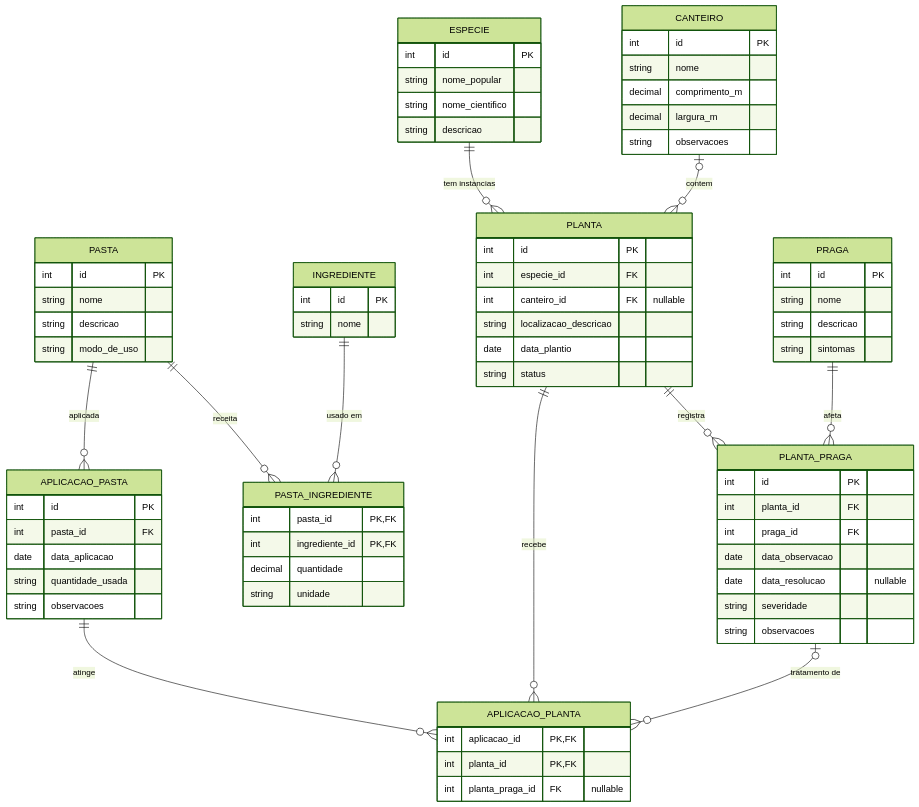
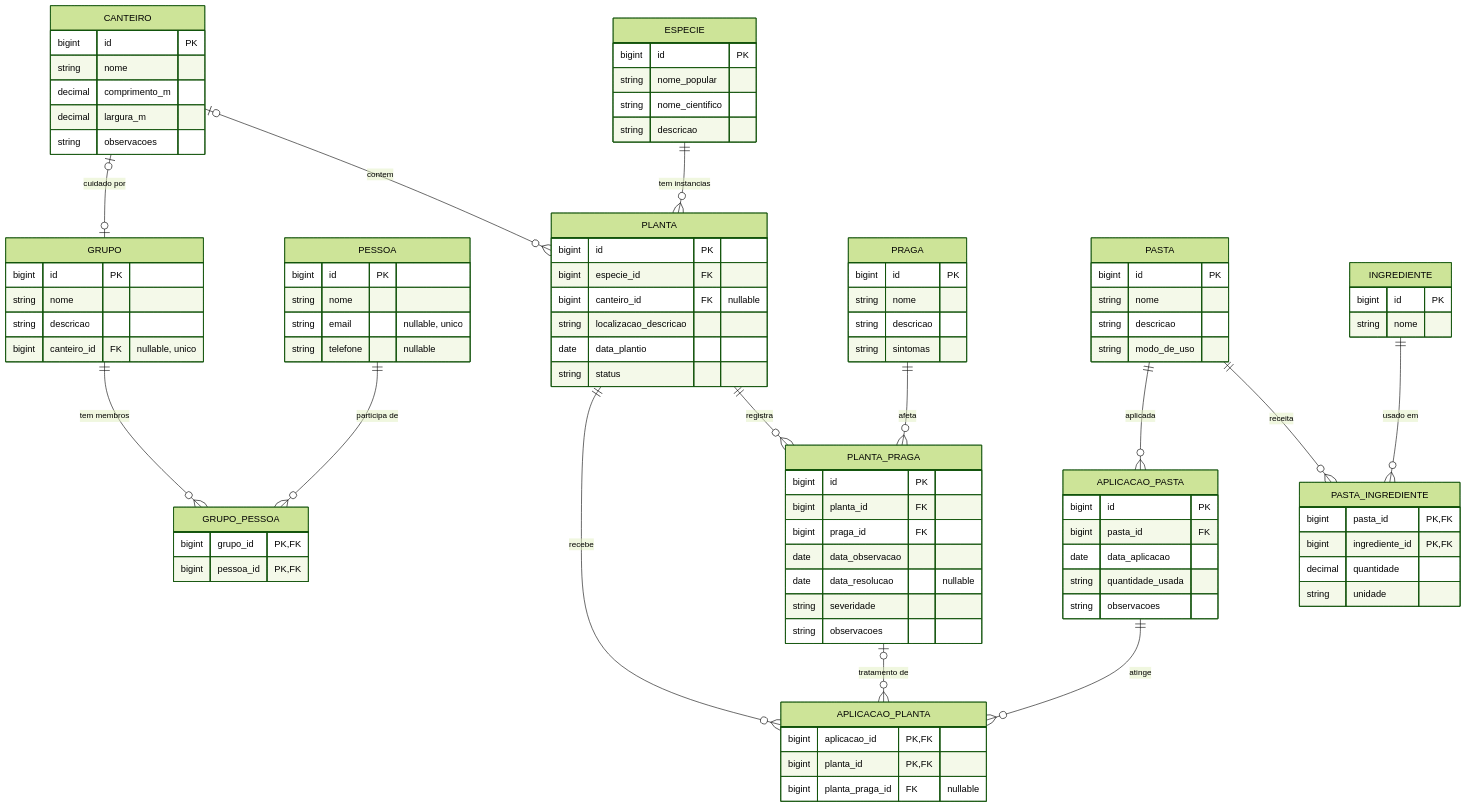
Before and after one commit to JoabUrbano/horta-comunitaria: the diagram in README.md, drawn with Mermaid (forest theme). The commit also changed other lines of this file, not shown here.

````diff
--- a/README.md
+++ b/README.md
@@ -16,72 +84,91 @@
 ```mermaid
 erDiagram
     ESPECIE {
-        int id PK
+        bigint id PK
         string nome_popular
         string nome_cientifico
         string descricao
     }
     PLANTA {
-        int id PK
-        int especie_id FK
-        int canteiro_id FK "nullable"
+        bigint id PK
+        bigint especie_id FK
+        bigint canteiro_id FK "nullable"
         string localizacao_descricao
         date data_plantio
         string status
     }
     CANTEIRO {
-        int id PK
+        bigint id PK
         string nome
         decimal comprimento_m
         decimal largura_m
         string observacoes
     }
+    PESSOA {
+        bigint id PK
+        string nome
+        string email "nullable, unico"
+        string telefone "nullable"
+    }
+    GRUPO {
+        bigint id PK
+        string nome
+        string descricao
+        bigint canteiro_id FK "nullable, unico"
+    }
+    GRUPO_PESSOA {
+        bigint grupo_id PK, FK
+        bigint pessoa_id PK, FK
+    }
     PRAGA {
-        int id PK
+        bigint id PK
         string nome
         string descricao
         string sintomas
     }
     PLANTA_PRAGA {
-        int id PK
-        int planta_id FK
-        int praga_id FK
+        bigint id PK
+        bigint planta_id FK
+        bigint praga_id FK
         date data_observacao
         date data_resolucao "nullable"
         string severidade
         string observacoes
     }
     PASTA {
-        int id PK
+        bigint id PK
         string nome
         string descricao
         string modo_de_uso
     }
     INGREDIENTE {
-        int id PK
+        bigint id PK
         string nome
     }
     PASTA_INGREDIENTE {
-        int pasta_id PK, FK
-        int ingrediente_id PK, FK
+        bigint pasta_id PK, FK
+        bigint ingrediente_id PK, FK
         decimal quantidade
         string unidade
     }
     APLICACAO_PASTA {
-        int id PK
-        int pasta_id FK
+        bigint id PK
+        bigint pasta_id FK
         date data_aplicacao
         string quantidade_usada
         string observacoes
     }
     APLICACAO_PLANTA {
-        int aplicacao_id PK, FK
-        int planta_id PK, FK
-        int planta_praga_id FK "nullable"
+        bigint aplicacao_id PK, FK
+        bigint planta_id PK, FK
+        bigint planta_praga_id FK "nullable"
     }
 
     ESPECIE ||--o{ PLANTA : "tem instancias"
     CANTEIRO |o--o{ PLANTA : "contem"
+    CANTEIRO |o--o| GRUPO : "cuidado por"
+    GRUPO ||--o{ GRUPO_PESSOA : "tem membros"
+    PESSOA ||--o{ GRUPO_PESSOA : "participa de"
     PLANTA ||--o{ PLANTA_PRAGA : "registra"
     PRAGA ||--o{ PLANTA_PRAGA : "afeta"
     PASTA ||--o{ PASTA_INGREDIENTE : "receita"
````
